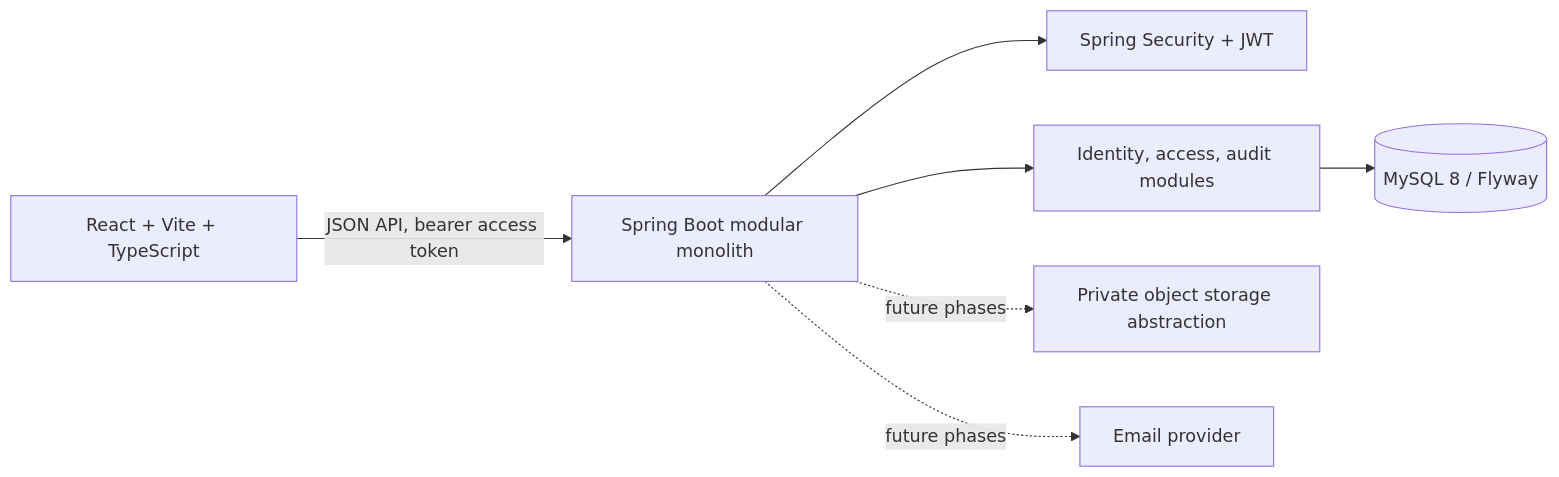
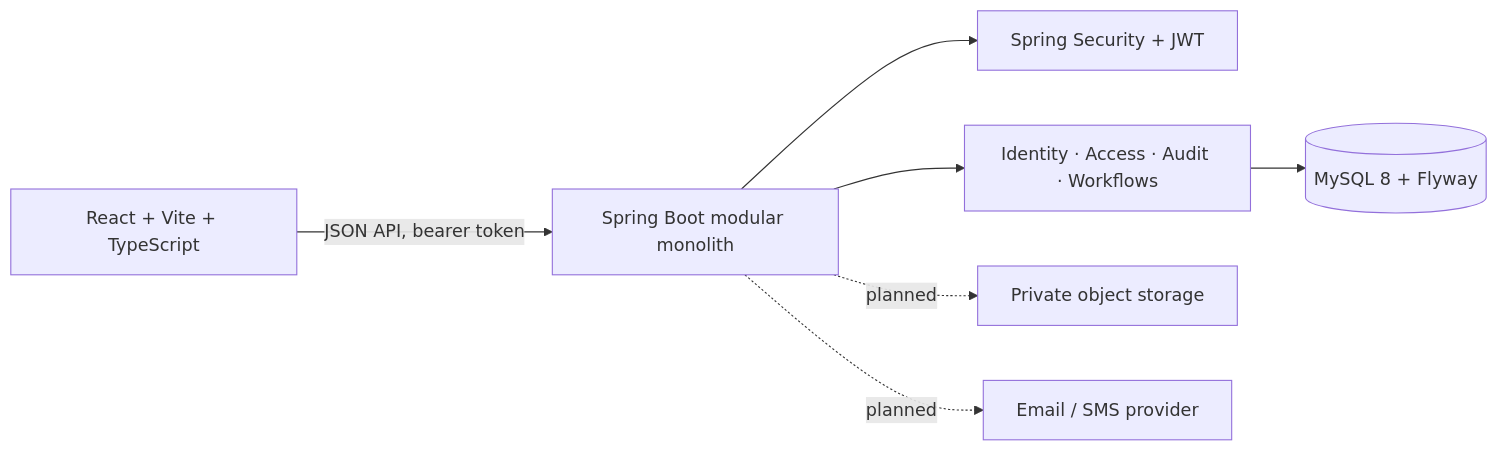
The first of 2 diagrams in README.md (Aayush-coder32/LegalMetrix-SIH-2026), drawn with Mermaid before and after one commit. The commit also changed other lines of this file, not shown here.

````diff
--- a/README.md
+++ b/README.md
@@ -7,9 +53,9 @@
 ```mermaid
 flowchart LR
-  Browser[React + Vite + TypeScript] -->|JSON API, bearer access token| API[Spring Boot modular monolith]
-  API --> Sec[Spring Security + JWT]
-  API --> Domain[Identity, access, audit modules]
-  Domain --> DB[(MySQL 8 / Flyway)]
-  API -. future phases .-> Files[Private object storage abstraction]
-  API -. future phases .-> Mail[Email provider]
+  Browser[React + Vite + TypeScript] -->|JSON API, bearer token| API[Spring Boot modular monolith]
+  API --> Security[Spring Security + JWT]
+  API --> Modules[Identity · Access · Audit · Workflows]
+  Modules --> DB[(MySQL 8 + Flyway)]
+  API -. planned .-> Storage[Private object storage]
+  API -. planned .-> Messaging[Email / SMS provider]
 ```
````
